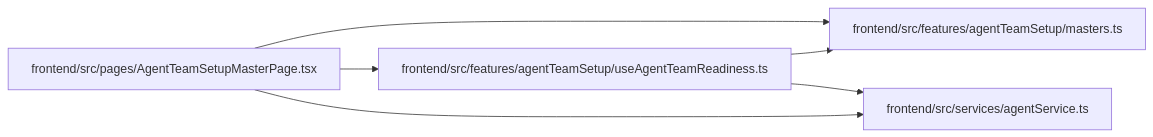
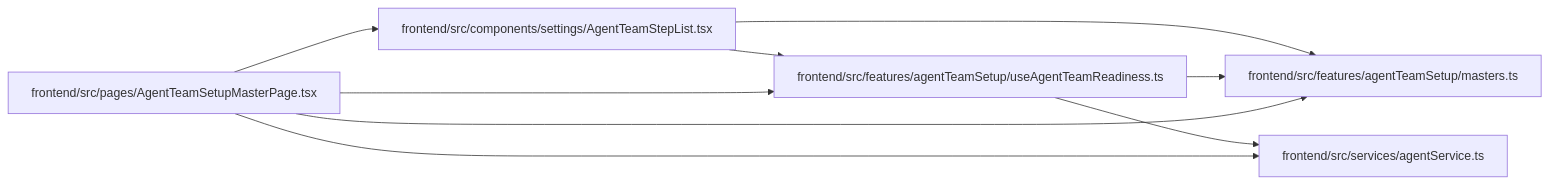
The diagram in docs/llm_wiki/modules/useAgentTeamReadiness.md (Denissvgn/WorkChord), drawn with Mermaid before and after one commit. The commit also changed other lines of this file and 2509 other files, not shown here.

````diff
--- a/docs/llm_wiki/modules/useAgentTeamReadiness.md
+++ b/docs/llm_wiki/modules/useAgentTeamReadiness.md
@@ -26,16 +26,21 @@
 ```mermaid
 flowchart LR
-    n0["frontend/src/features/agentTeamSetup/masters.ts"]
-    n1["frontend/src/features/agentTeamSetup/useAgentTeamReadiness.ts"]
-    n2["frontend/src/pages/AgentTeamSetupMasterPage.tsx"]
-    n3["frontend/src/services/agentService.ts"]
-    n1 --> n0
-    n1 --> n3
-    n2 --> n0
+    n0["frontend/src/components/settings/AgentTeamStepList.tsx"]
+    n1["frontend/src/features/agentTeamSetup/masters.ts"]
+    n2["frontend/src/features/agentTeamSetup/useAgentTeamReadiness.ts"]
+    n3["frontend/src/pages/AgentTeamSetupMasterPage.tsx"]
+    n4["frontend/src/services/agentService.ts"]
+    n0 --> n1
+    n0 --> n2
     n2 --> n1
-    n2 --> n3
-    click n0 "../modules/agentTeamSetup_masters.md"
-    click n1 "../modules/useAgentTeamReadiness.md"
-    click n2 "../modules/AgentTeamSetupMasterPage.md"
-    click n3 "../modules/agentService.md"
+    n2 --> n4
+    n3 --> n0
+    n3 --> n1
+    n3 --> n2
+    n3 --> n4
+    click n0 "../modules/AgentTeamStepList.md"
+    click n1 "../modules/agentTeamSetup_masters.md"
+    click n2 "../modules/useAgentTeamReadiness.md"
+    click n3 "../modules/AgentTeamSetupMasterPage.md"
+    click n4 "../modules/agentService.md"
 ```
````
